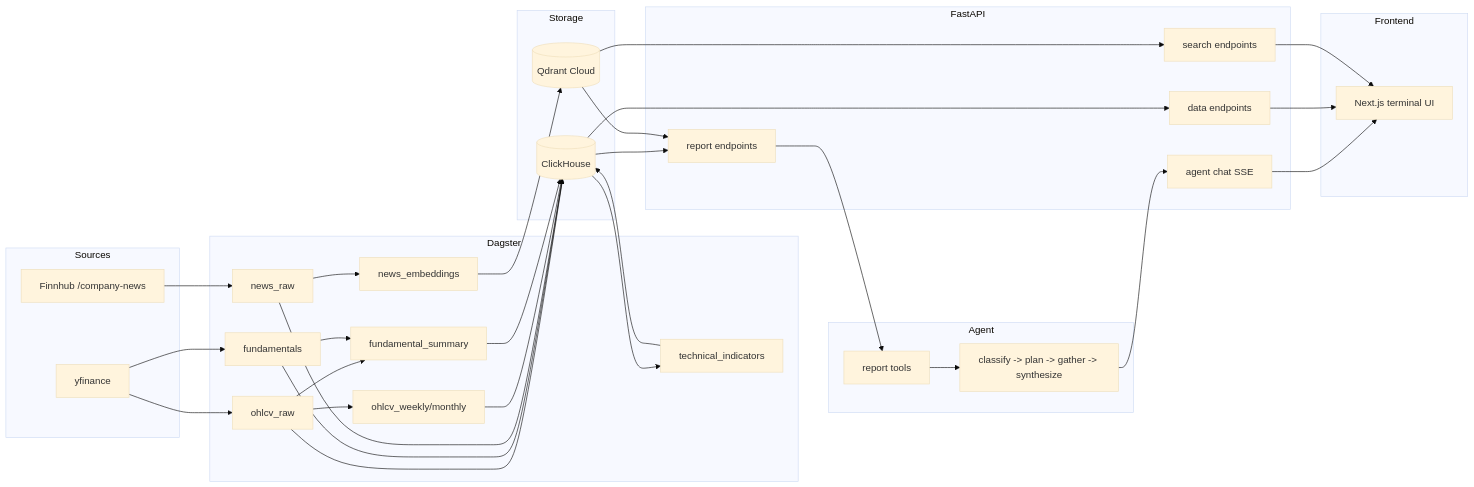
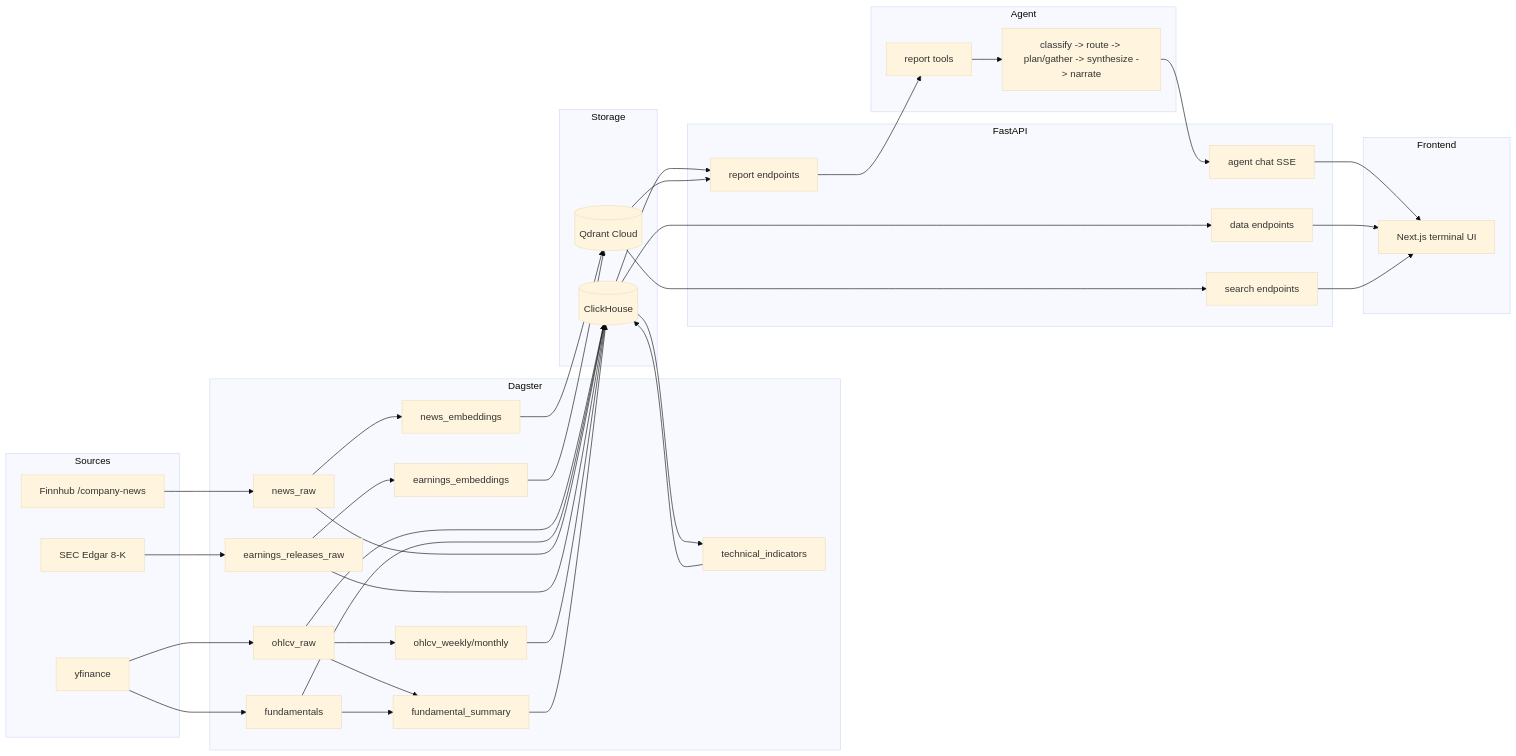
Before and after one commit to noahwins-ng/equity-data-agent: the diagram in docs/project-requirement.md, drawn with Mermaid (base theme). The commit also changed other lines of this file and 5 other files, not shown here.

First line of the commit message:
docs: refresh architecture docs + refactor README for recruiter appeal (#435)

````diff
--- a/docs/project-requirement.md
+++ b/docs/project-requirement.md
@@ -117,56 +117,61 @@
 ```mermaid
 graph LR
     subgraph Sources
         YF[yfinance]
         NEWS[Finnhub /company-news]
+        EDGAR[SEC Edgar 8-K]
     end
 
     subgraph Dagster
         OHLCV[ohlcv_raw]
         FUND[fundamentals]
         AGG[ohlcv_weekly/monthly]
         TECH[technical_indicators]
         FSUM[fundamental_summary]
         NRAW[news_raw]
         EMB[news_embeddings]
+        ERAW[earnings_releases_raw]
+        EEMB[earnings_embeddings]
     end
 
     subgraph Storage
         CH[(ClickHouse)]
         QD[(Qdrant Cloud)]
     end
 
     subgraph FastAPI
         REPORTS[report endpoints]
         DATA[data endpoints]
         SEARCH[search endpoints]
         CHAT[agent chat SSE]
     end
 
     subgraph Agent
-        GRAPH[classify -> plan -> gather -> synthesize]
+        GRAPH[classify -> route -> plan/gather -> synthesize -> narrate]
         TOOLS[report tools]
     end
 
     subgraph Frontend
         UI[Next.js terminal UI]
     end
 
     YF --> OHLCV --> CH
     YF --> FUND --> CH
     NEWS --> NRAW --> CH
     NRAW --> EMB --> QD
+    EDGAR --> ERAW --> CH
+    ERAW --> EEMB --> QD
     OHLCV --> AGG --> CH
     CH --> TECH --> CH
     OHLCV --> FSUM
     FUND --> FSUM
     FSUM --> CH
     CH --> REPORTS
     CH --> DATA
     QD --> SEARCH
     QD --> REPORTS
     REPORTS --> TOOLS --> GRAPH
     GRAPH --> CHAT --> UI
     DATA --> UI
     SEARCH --> UI
 ```
````
